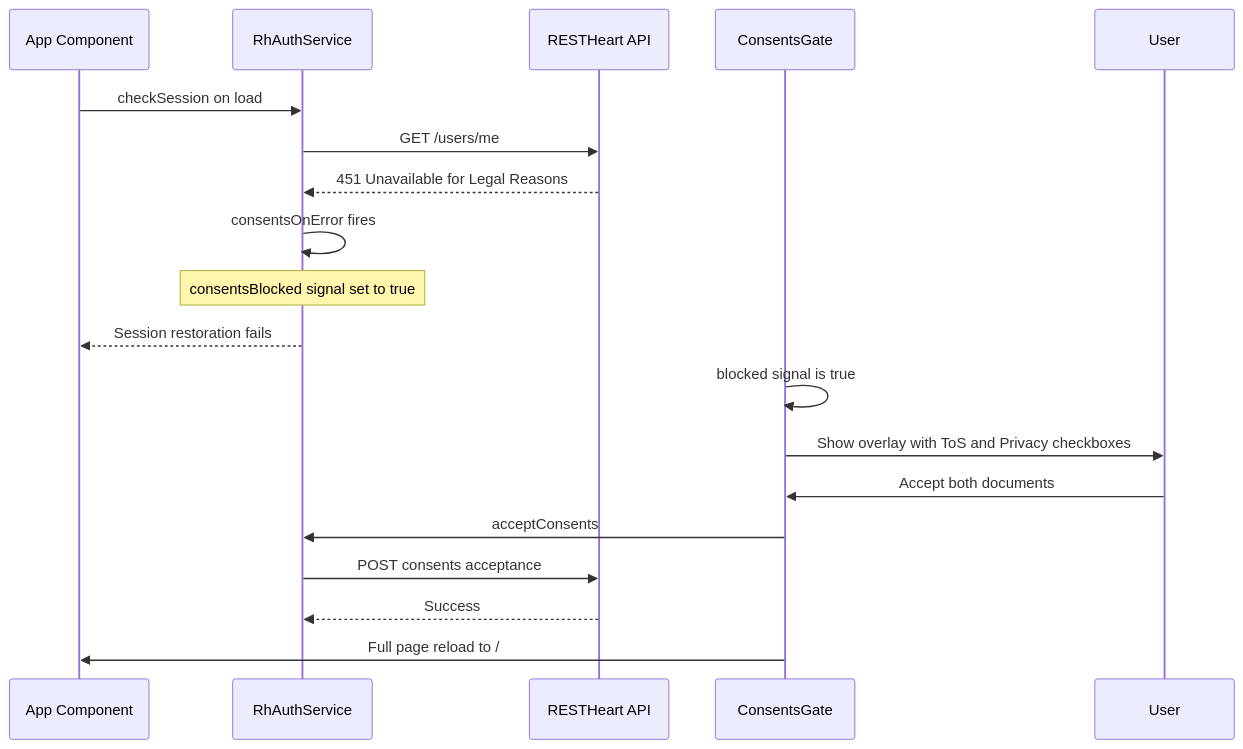
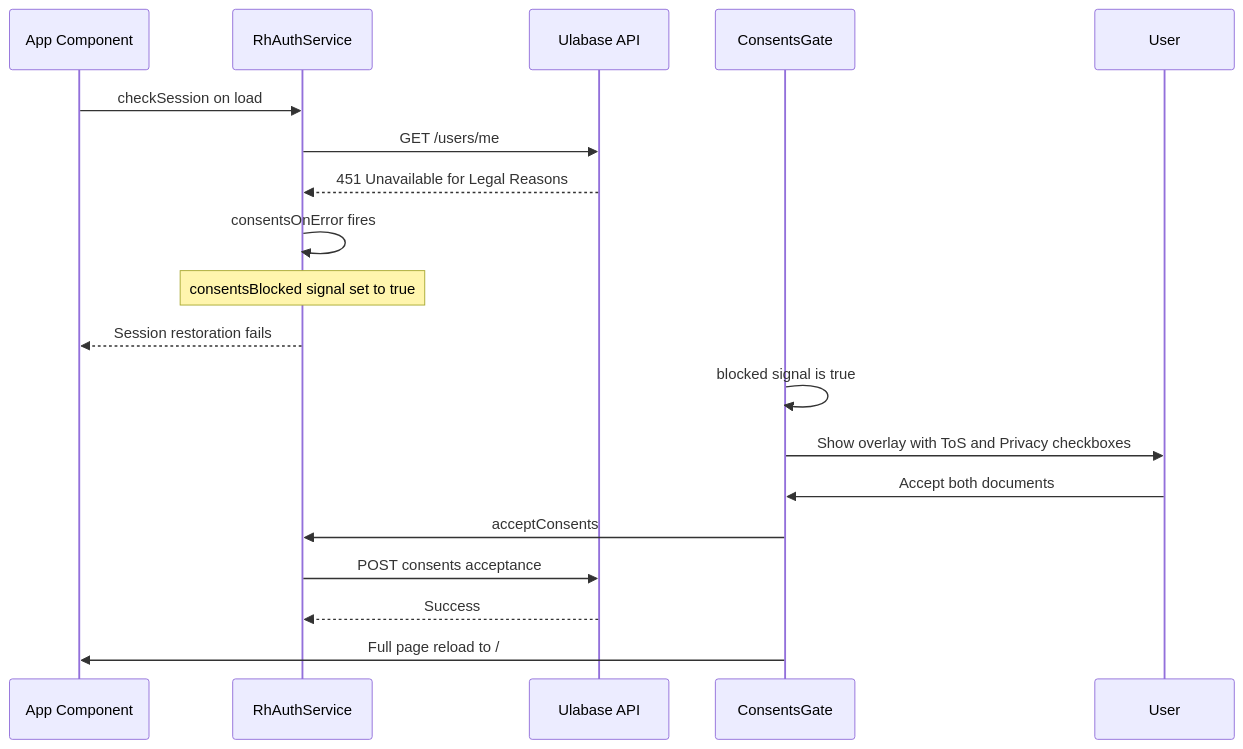
One commit to SoftInstigate/restheart-cloud-starter-ng changed the fifth of 5 diagrams in openwiki/architecture.md. Above: the diagram before and after it, drawn with Mermaid. The commit also changed other lines of this file and 22 other files, not shown here.

````diff
--- a/openwiki/architecture.md
+++ b/openwiki/architecture.md
@@ -250,22 +250,22 @@
 ```mermaid
 sequenceDiagram
     participant App as App Component
     participant Auth as RhAuthService
-    participant API as RESTHeart API
+    participant API as Ulabase API
     participant Gate as ConsentsGate
     participant User as User
     
     App->>Auth: checkSession on load
     Auth->>API: GET /users/me
     API-->>Auth: 451 Unavailable for Legal Reasons
     Auth->>Auth: consentsOnError fires
     Note over Auth: consentsBlocked signal set to true
     Auth-->>App: Session restoration fails
     Gate->>Gate: blocked signal is true
     Gate->>User: Show overlay with ToS and Privacy checkboxes
     User->>Gate: Accept both documents
     Gate->>Auth: acceptConsents
     Auth->>API: POST consents acceptance
     API-->>Auth: Success
     Gate->>App: Full page reload to /
 ```
````
